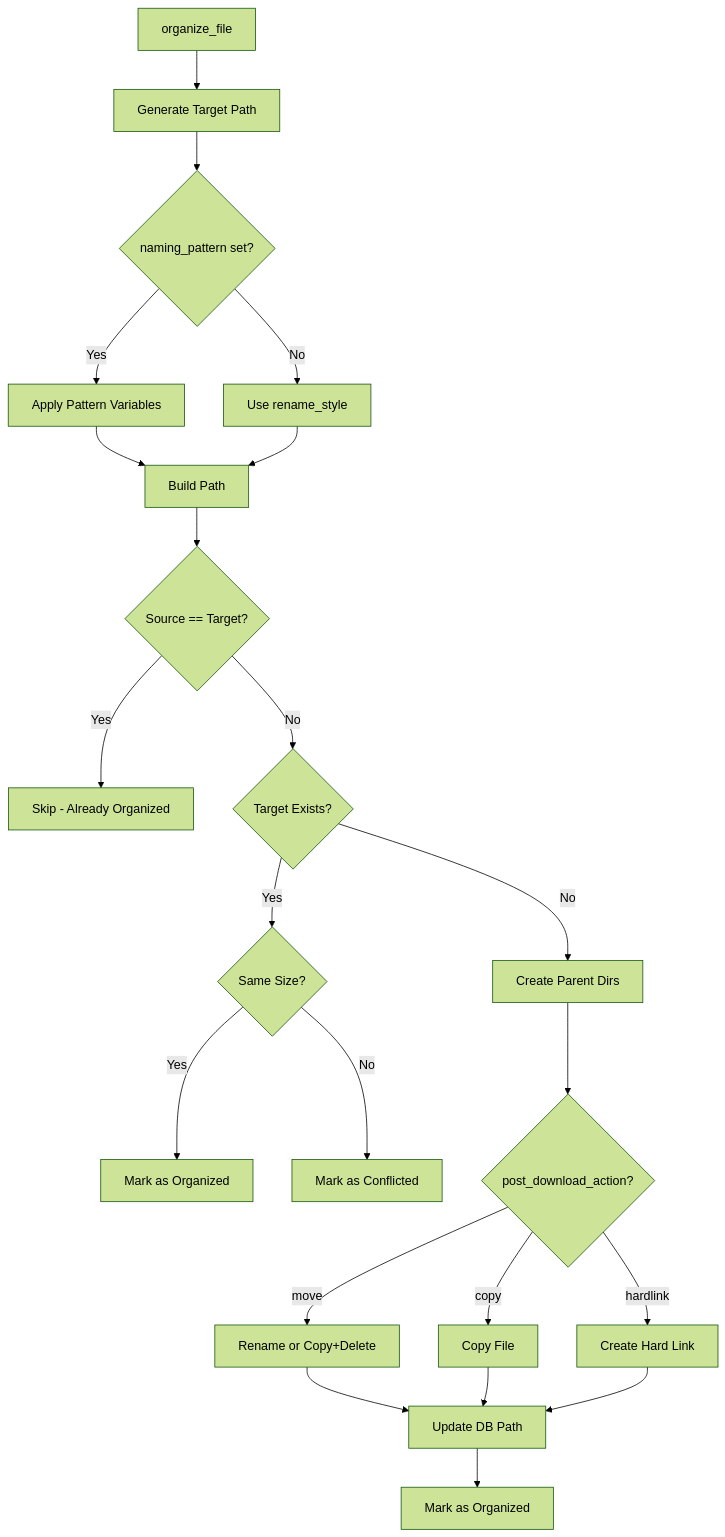
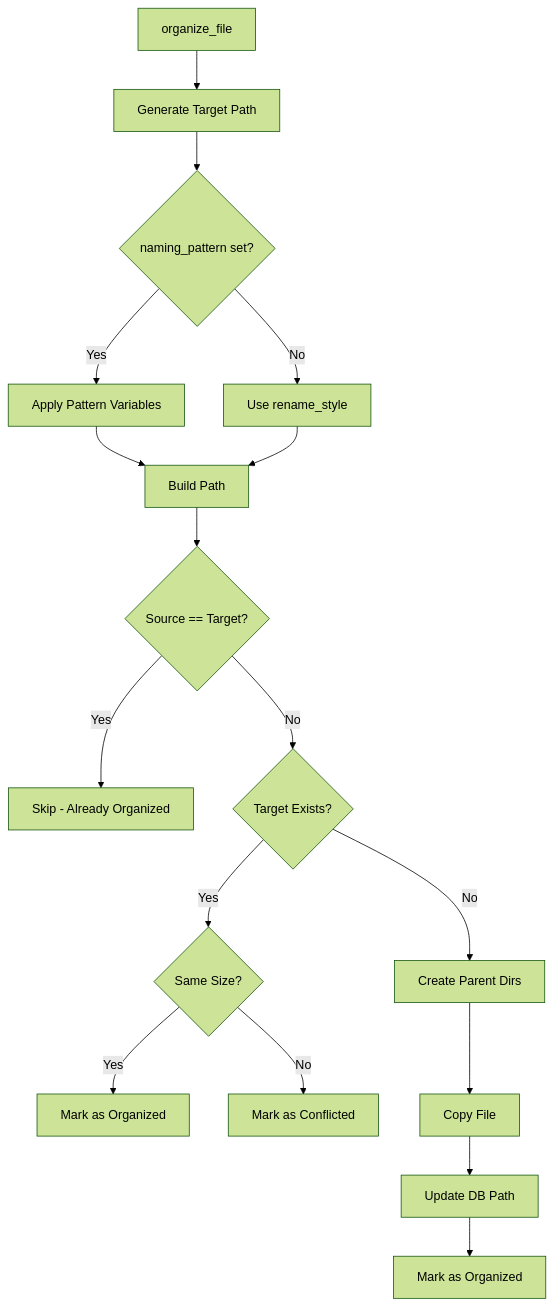
Diagram 15 of 24 in docs/flows.md (Dastari/librarian), drawn with Mermaid (forest theme) before and after one commit. The commit also changed other lines of this file and 386 other files, not shown here.

````diff
--- a/docs/flows.md
+++ b/docs/flows.md
@@ -539,32 +539,26 @@
 ```mermaid
 flowchart TD
     A[organize_file] --> B[Generate Target Path]
     B --> C{naming_pattern set?}
     
     C -->|Yes| D[Apply Pattern Variables]
     C -->|No| E[Use rename_style]
     
     D --> F[Build Path]
     E --> F
     
     F --> G{Source == Target?}
     G -->|Yes| H[Skip - Already Organized]
     G -->|No| I{Target Exists?}
     
     I -->|Yes| J{Same Size?}
     J -->|Yes| K[Mark as Organized]
     J -->|No| L[Mark as Conflicted]
     
     I -->|No| M[Create Parent Dirs]
-    M --> N{post_download_action?}
+    M --> N[Copy File]
     
-    N -->|move| O[Rename or Copy+Delete]
-    N -->|copy| P[Copy File]
-    N -->|hardlink| Q[Create Hard Link]
-    
-    O --> R[Update DB Path]
-    P --> R
-    Q --> R
+    N --> R[Update DB Path]
     
     R --> S[Mark as Organized]
 ```
````
